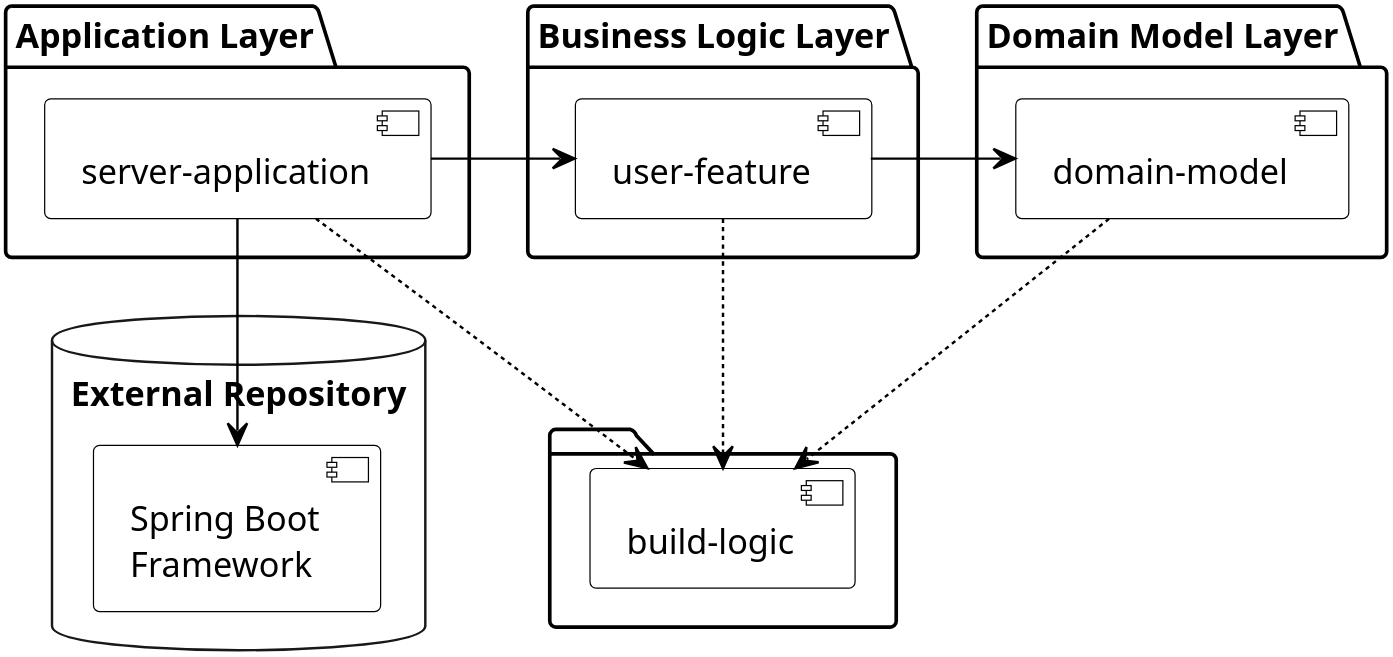
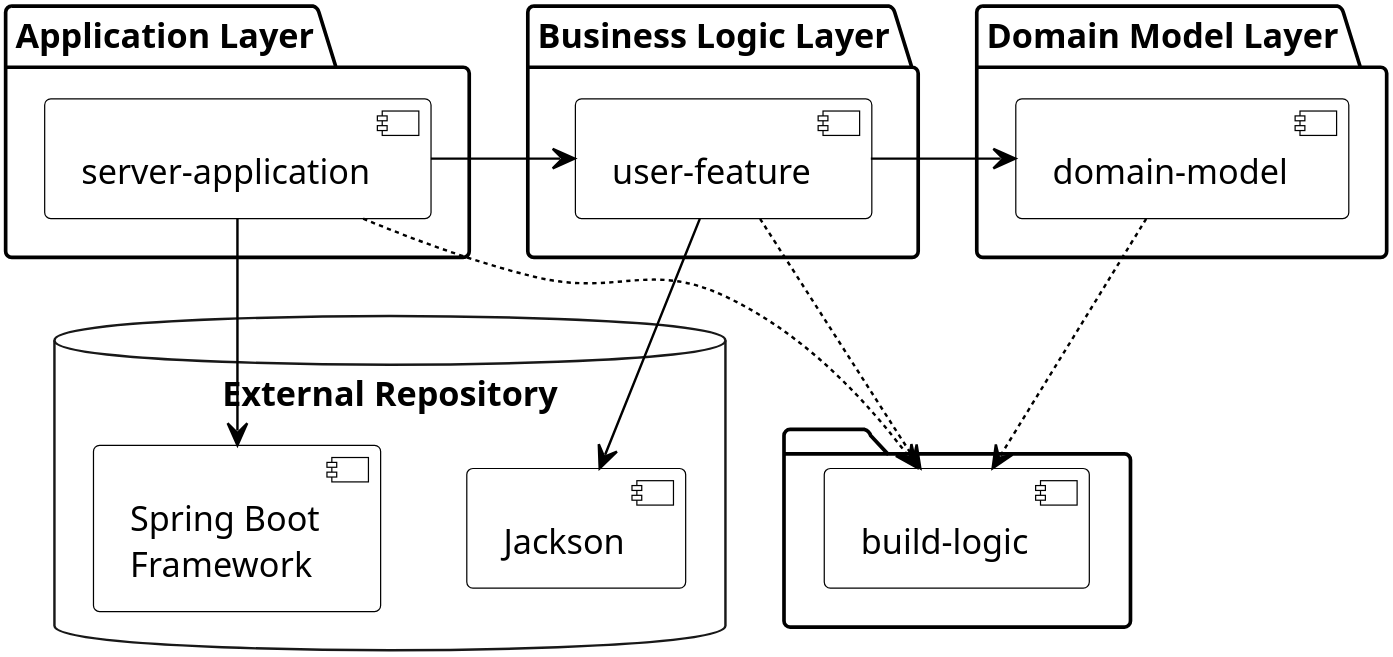
Before and after one commit to jjohannes/joker-conf-2020: the first of 2 diagrams in src/docs/asciidoc/chapters/product.adoc, drawn with PlantUML. The commit also changed 3 other files, not shown here.

```diff
--- a/src/docs/asciidoc/chapters/product.adoc
+++ b/src/docs/asciidoc/chapters/product.adoc
@@ -6,39 +6,41 @@
 [plantuml, product, png, width=540, height=0%]
 ....
 scale 2400 width
 skinparam monochrome true
 skinparam component {
     BackgroundColor white
     BorderColor Black
 	ArrowColor Black
 }
 
 database "External Repository" {
   [Spring Boot\nFramework] as SpringBoot
+  [Jackson]
 }
 
 package "Application Layer" {
   [server-application]
 }
 
 package "Business Logic Layer" {
   [user-feature]
 }
 
 package "Domain Model Layer" {
   [domain-model]
 }
 
 [server-application] -down-> [SpringBoot]
+[user-feature] -> [Jackson]
 
 folder {
    [build-logic]
 }
 
 [server-application] -right-> [user-feature]
 [user-feature] -right-> [domain-model]
 
 [server-application] ..> [build-logic]
 [user-feature] ..> [build-logic]
 [domain-model] ..> [build-logic]
 ....
```
